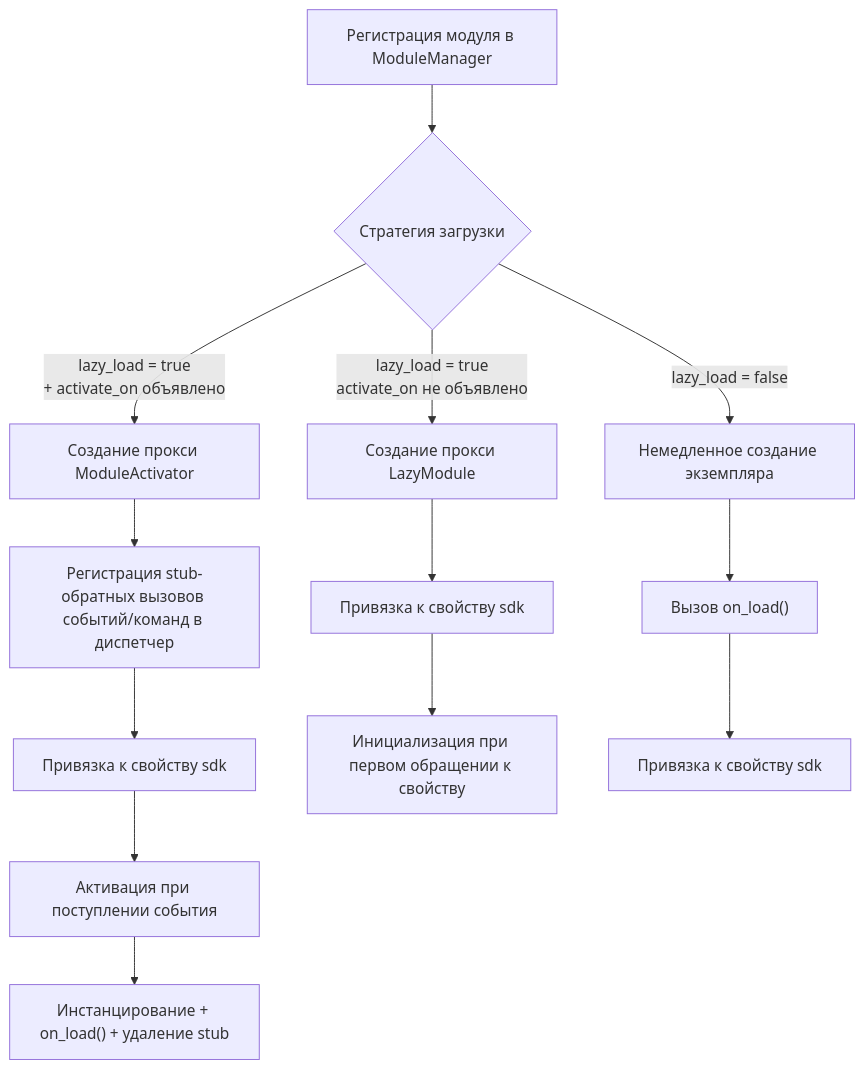
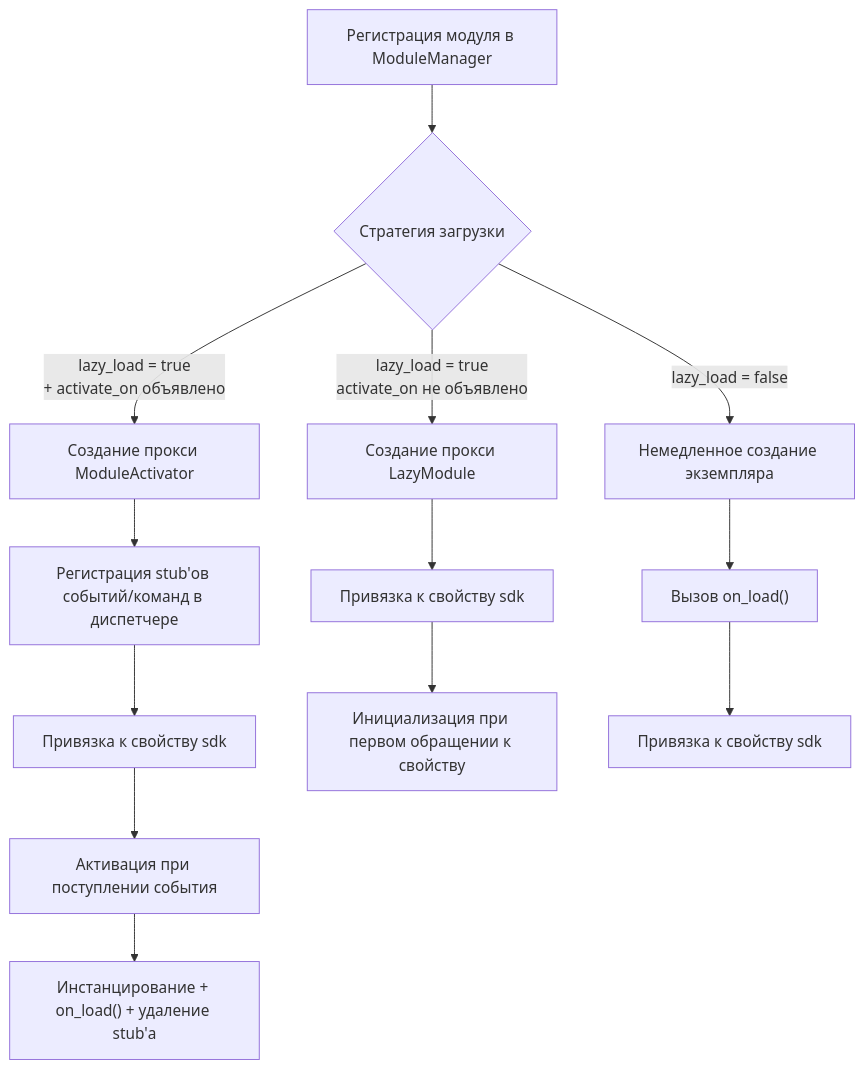
Before and after one commit to ErisPulse/ErisPulse: the sixth of 9 diagrams in docs/ru/architecture.md, drawn with Mermaid. The commit also changed other lines of this file and 91 other files, not shown here.

````diff
--- a/docs/ru/architecture.md
+++ b/docs/ru/architecture.md
@@ -196,15 +197,15 @@
 ```mermaid
 flowchart TD
     A["Регистрация модуля в ModuleManager"] --> B{"Стратегия загрузки"}
     B -->|"lazy_load = true<br/>+ activate_on объявлено"| C["Создание прокси ModuleActivator"]
     B -->|"lazy_load = true<br/>activate_on не объявлено"| D["Создание прокси LazyModule"]
     B -->|"lazy_load = false"| E["Немедленное создание экземпляра"]
-    C --> F["Регистрация stub-обратных вызовов событий/команд в диспетчер"]
+    C --> F["Регистрация stub'ов событий/команд в диспетчере"]
     F --> G["Привязка к свойству sdk"]
     G --> H["Активация при поступлении события"]
-    H --> I["Инстанцирование + on_load() + удаление stub"]
+    H --> I["Инстанцирование + on_load() + удаление stub'а"]
     D --> J["Привязка к свойству sdk"]
     J --> K["Инициализация при первом обращении к свойству"]
     E --> L["Вызов on_load()"]
     L --> M["Привязка к свойству sdk"]
 ```
````
